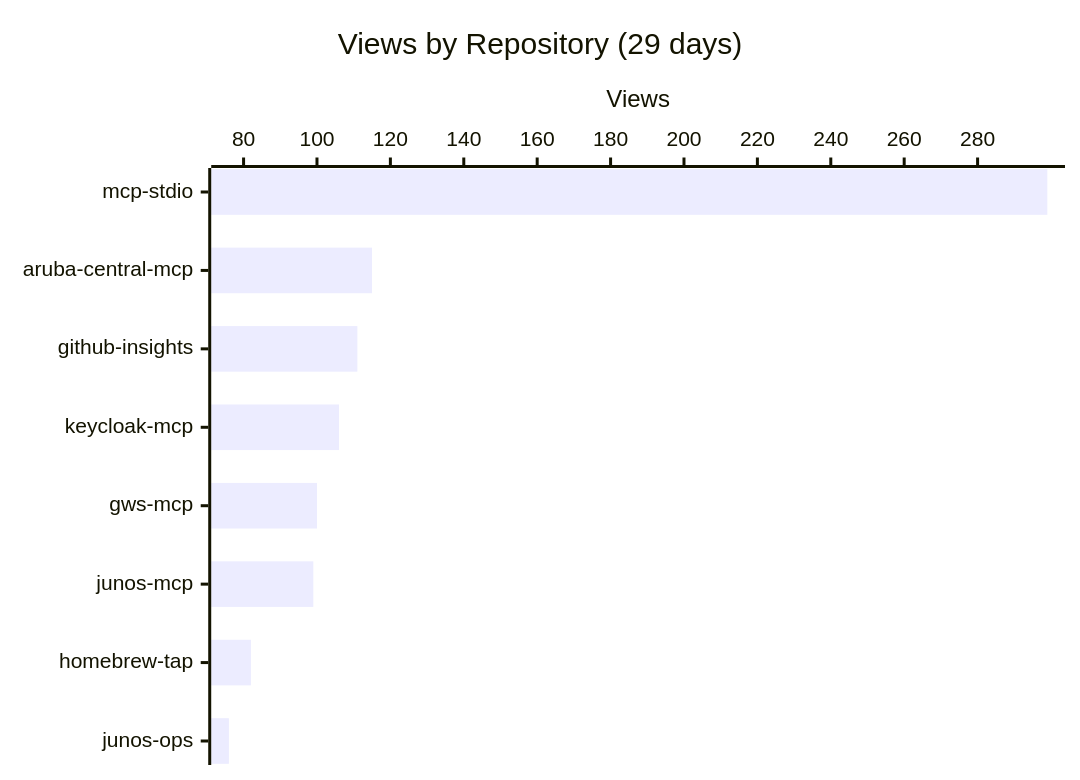
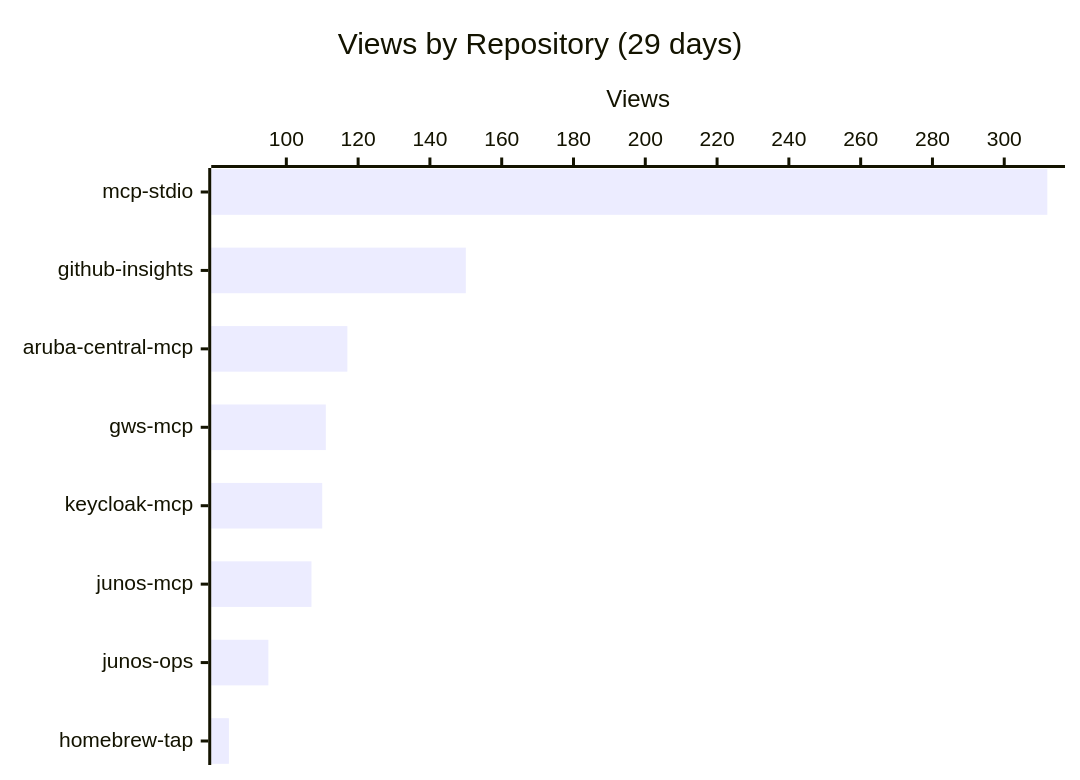
The first of 3 diagrams in README.md (shigechika/github-insights), drawn with Mermaid before and after one commit. The commit also changed other lines of this file and 1 other file, not shown here.

````diff
--- a/README.md
+++ b/README.md
@@ -12,7 +12,7 @@
 ```mermaid
 xychart-beta horizontal
     title "Views by Repository (29 days)"
-    x-axis ["mcp-stdio", "aruba-central-mcp", "github-insights", "keycloak-mcp", "gws-mcp", "junos-mcp", "homebrew-tap", "junos-ops"]
+    x-axis ["mcp-stdio", "github-insights", "aruba-central-mcp", "gws-mcp", "keycloak-mcp", "junos-mcp", "junos-ops", "homebrew-tap"]
     y-axis "Views"
-    bar [299, 115, 111, 106, 100, 99, 82, 76]
+    bar [312, 150, 117, 111, 110, 107, 95, 84]
 ```
````
